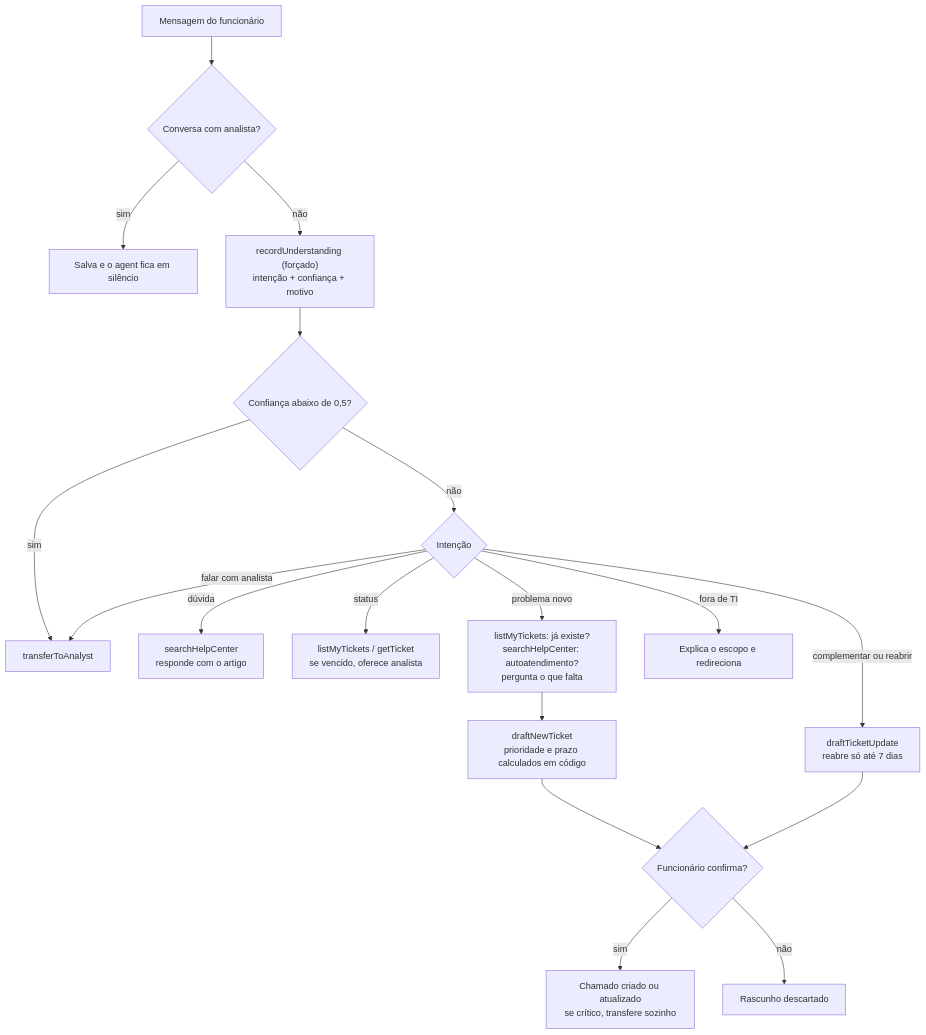
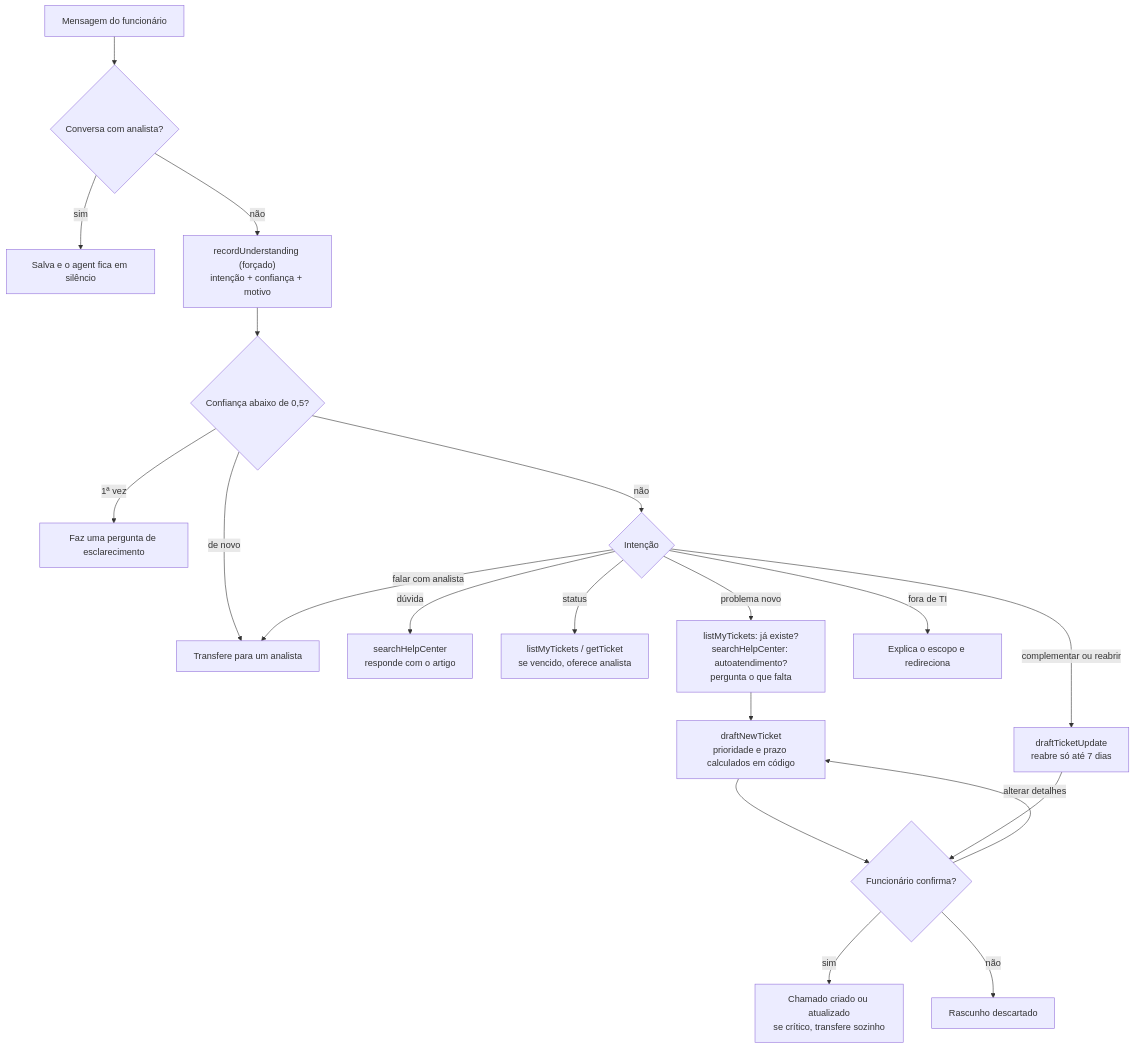
Before and after one commit to skarL007/nexo-assist: the third of 3 diagrams in README.md, drawn with Mermaid. The commit also changed other lines of this file and 40 other files, not shown here.

````diff
--- a/README.md
+++ b/README.md
@@ -184,20 +166,22 @@
 ```mermaid
 flowchart TD
   A["Mensagem do funcionário"] --> B{"Conversa com analista?"}
   B -- sim --> P["Salva e o agent fica em silêncio"]
   B -- não --> C["recordUnderstanding (forçado)<br/>intenção + confiança + motivo"]
   C --> D{"Confiança abaixo de 0,5?"}
-  D -- sim --> H["transferToAnalyst"]
+  D -- "1ª vez" --> Q0["Faz uma pergunta de esclarecimento"]
+  D -- "de novo" --> H["Transfere para um analista"]
   D -- não --> E{"Intenção"}
   E -- dúvida --> Q["searchHelpCenter<br/>responde com o artigo"]
   E -- status --> S["listMyTickets / getTicket<br/>se vencido, oferece analista"]
   E -- problema novo --> N["listMyTickets: já existe?<br/>searchHelpCenter: autoatendimento?<br/>pergunta o que falta"]
   N --> DR["draftNewTicket<br/>prioridade e prazo calculados em código"]
   E -- complementar ou reabrir --> U["draftTicketUpdate<br/>reabre só até 7 dias"]
   DR --> CF{"Funcionário confirma?"}
   U --> CF
   CF -- sim --> OK["Chamado criado ou atualizado<br/>se crítico, transfere sozinho"]
+  CF -- "alterar detalhes" --> DR
   CF -- não --> X["Rascunho descartado"]
   E -- falar com analista --> H
   E -- fora de TI --> O["Explica o escopo e redireciona"]
 ```
````
